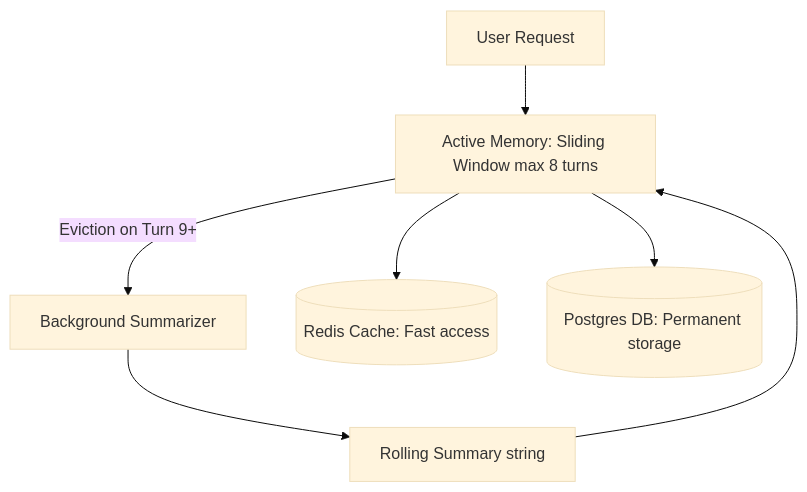
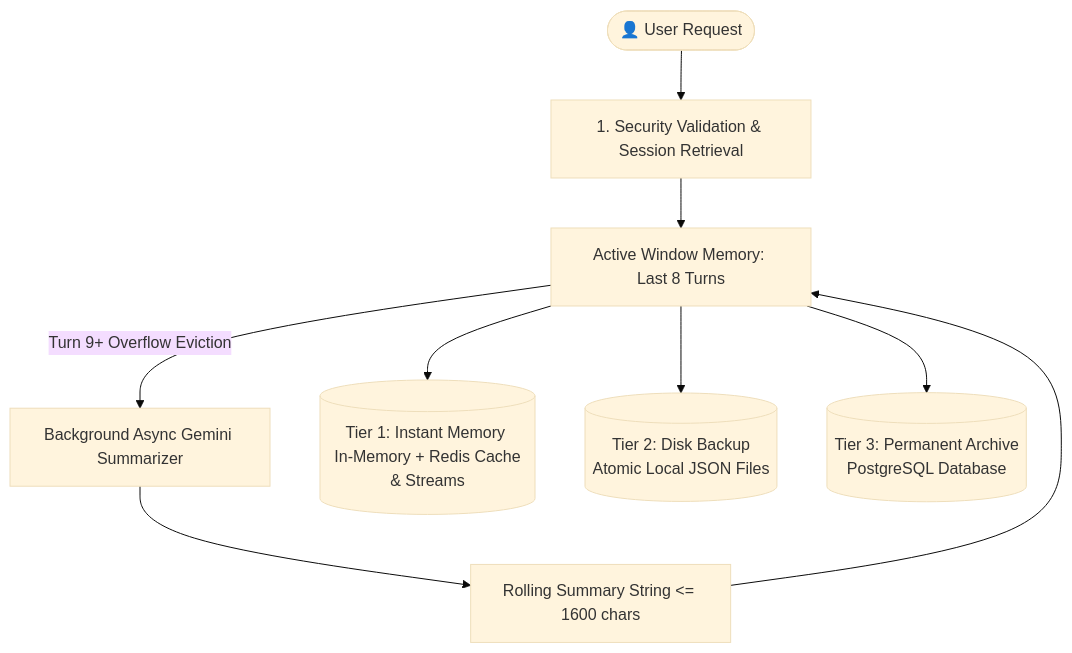
Before and after one commit to Vuth-Menghuor/chatbot_review: the second of 3 diagrams in services_version2/orchestrator/docs/session_context_and_conversation_management.md, drawn with Mermaid (base theme). The commit also changed other lines of this file and 272 other files, not shown here.

````diff
--- a/services_version2/orchestrator/docs/session_context_and_conversation_management.md
+++ b/services_version2/orchestrator/docs/session_context_and_conversation_management.md
@@ -10,9 +61,13 @@
 ```mermaid
 graph TD
-    A[User Request] --> B[Active Memory: Sliding Window max 8 turns]
-    B -- Eviction on Turn 9+ --> C[Background Summarizer]
-    C --> D[Rolling Summary string]
-    D --> B
-    B --> E[(Redis Cache: Fast access)]
-    B --> F[(Postgres DB: Permanent storage)]
+    User([👤 User Request]) --> Step1[1. Security Validation & Session Retrieval]
+    Step1 --> ActiveMem[Active Window Memory: Last 8 Turns]
+    
+    ActiveMem -- Turn 9+ Overflow Eviction --> Summarizer[Background Async Gemini Summarizer]
+    Summarizer --> RollingSummary[Rolling Summary String <= 1600 chars]
+    RollingSummary --> ActiveMem
+    
+    ActiveMem --> Tier1[(Tier 1: Instant Memory <br/> In-Memory + Redis Cache & Streams)]
+    ActiveMem --> Tier2[(Tier 2: Disk Backup <br/> Atomic Local JSON Files)]
+    ActiveMem --> Tier3[(Tier 3: Permanent Archive <br/> PostgreSQL Database)]
 ```
````
